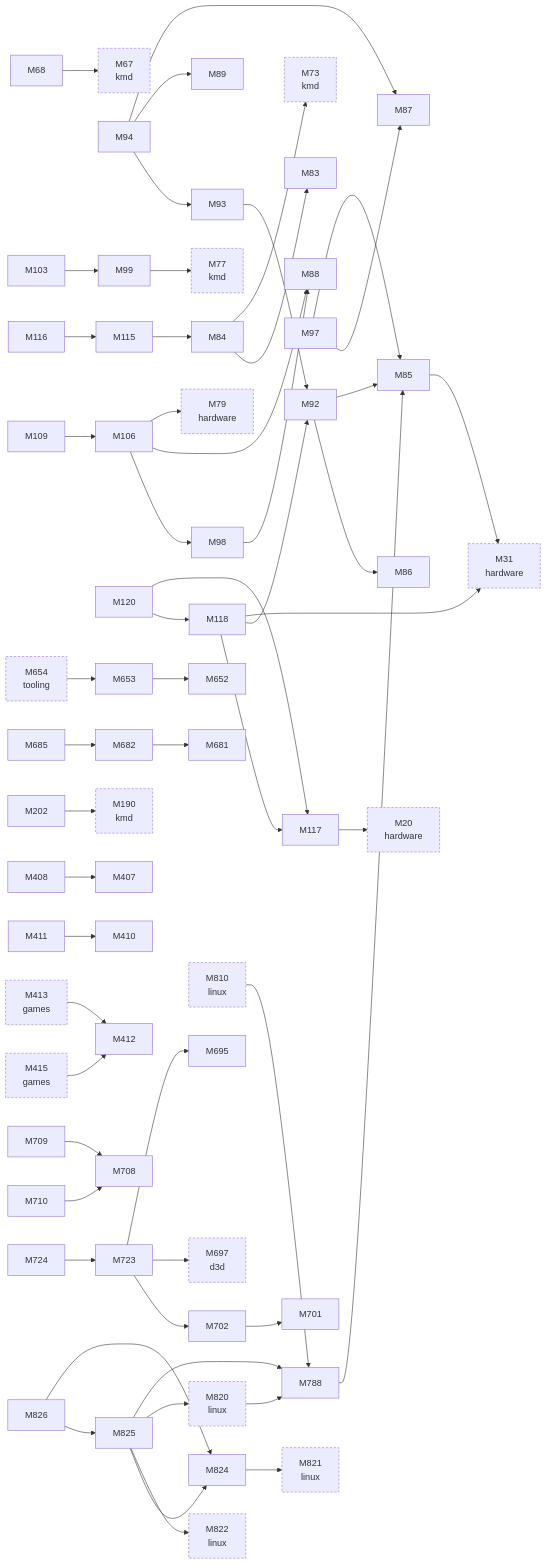
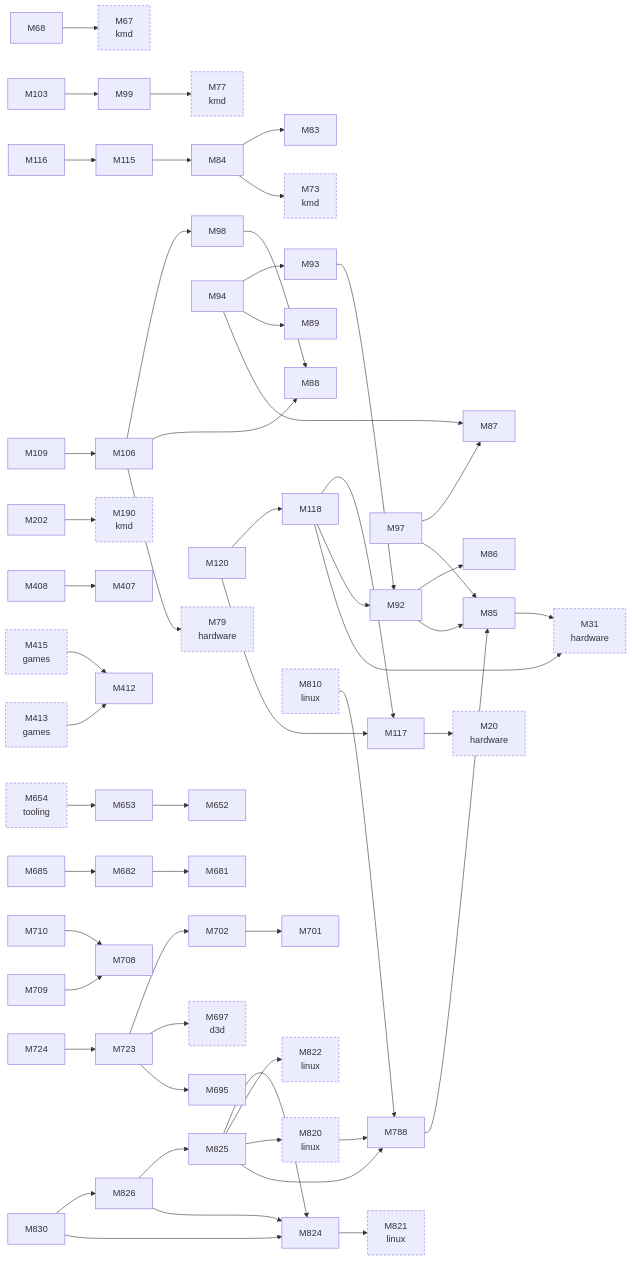
The second of 3 diagrams in docs/facts/graphs/display.md (D-Ogi/amdgpu-wddm), drawn with Mermaid before and after one commit. The commit also changed 29 other files, not shown here.

```diff
--- a/docs/facts/graphs/display.md
+++ b/docs/facts/graphs/display.md
@@ -68,8 +68,6 @@
   M202["M202"]
   M407["M407"]
   M408["M408"]
-  M410["M410"]
-  M411["M411"]
   M412["M412"]
   M413["M413<br/>games"]
   M415["M415<br/>games"]
@@ -96,6 +94,7 @@
   M824["M824"]
   M825["M825"]
   M826["M826"]
+  M830["M830"]
   M68 --> M67
   M84 --> M73
   M84 --> M83
@@ -125,7 +124,6 @@
   M120 --> M118
   M202 --> M190
   M408 --> M407
-  M411 --> M410
   M653 --> M652
   M682 --> M681
   M685 --> M682
@@ -144,6 +142,8 @@
   M825 --> M824
   M826 --> M824
   M826 --> M825
+  M830 --> M824
+  M830 --> M826
   M413 --> M412
   M415 --> M412
   M810 --> M788
```
